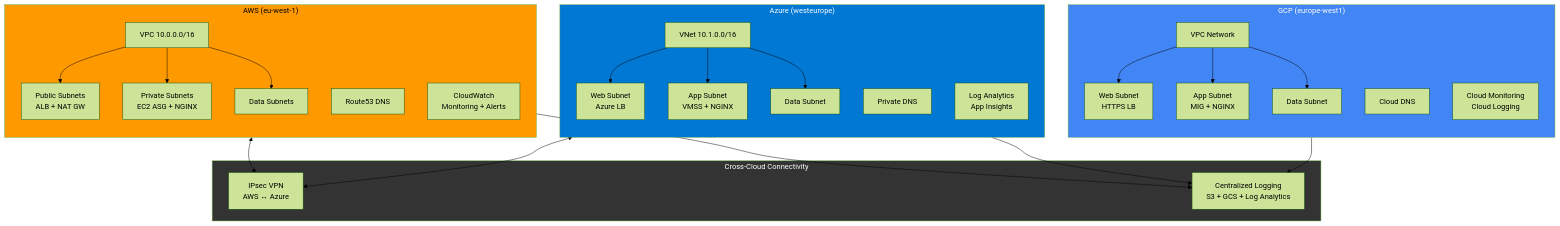
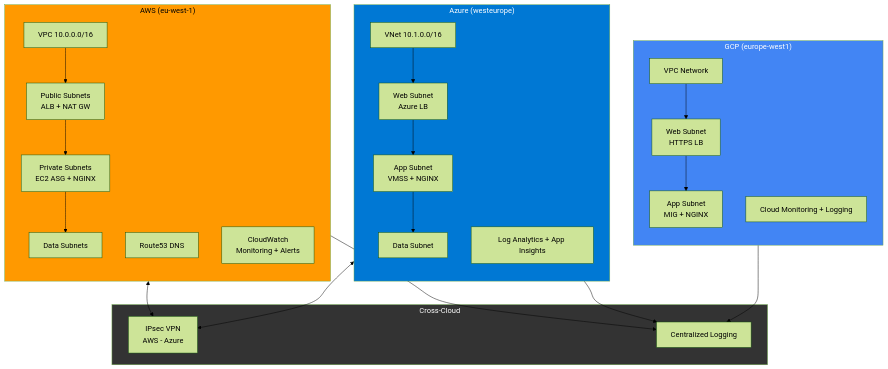
Before and after one commit to GiulioSavini/terraform-multi-cloud-hybrid: the diagram in README.md, drawn with Mermaid (forest theme). The commit also changed other lines of this file, not shown here.

````diff
--- a/README.md
+++ b/README.md
@@ -9,60 +9,48 @@
 ```mermaid
 graph TB
     subgraph AWS["AWS (eu-west-1)"]
         direction TB
         AWS_VPC["VPC 10.0.0.0/16"]
         AWS_PUB["Public Subnets<br/>ALB + NAT GW"]
         AWS_PRV["Private Subnets<br/>EC2 ASG + NGINX"]
         AWS_DAT["Data Subnets"]
         AWS_R53["Route53 DNS"]
         AWS_CW["CloudWatch<br/>Monitoring + Alerts"]
-
-        AWS_VPC --> AWS_PUB
-        AWS_VPC --> AWS_PRV
-        AWS_VPC --> AWS_DAT
+        AWS_VPC --> AWS_PUB --> AWS_PRV --> AWS_DAT
     end
 
     subgraph Azure["Azure (westeurope)"]
         direction TB
         AZ_VNET["VNet 10.1.0.0/16"]
         AZ_WEB["Web Subnet<br/>Azure LB"]
         AZ_APP["App Subnet<br/>VMSS + NGINX"]
         AZ_DAT["Data Subnet"]
-        AZ_DNS["Private DNS"]
-        AZ_MON["Log Analytics<br/>App Insights"]
-
-        AZ_VNET --> AZ_WEB
-        AZ_VNET --> AZ_APP
-        AZ_VNET --> AZ_DAT
+        AZ_MON["Log Analytics + App Insights"]
+        AZ_VNET --> AZ_WEB --> AZ_APP --> AZ_DAT
     end
 
     subgraph GCP["GCP (europe-west1)"]
         direction TB
         GCP_VPC["VPC Network"]
         GCP_WEB["Web Subnet<br/>HTTPS LB"]
         GCP_APP["App Subnet<br/>MIG + NGINX"]
-        GCP_DAT["Data Subnet"]
-        GCP_DNS["Cloud DNS"]
-        GCP_MON["Cloud Monitoring<br/>Cloud Logging"]
-
-        GCP_VPC --> GCP_WEB
-        GCP_VPC --> GCP_APP
-        GCP_VPC --> GCP_DAT
+        GCP_MON["Cloud Monitoring + Logging"]
+        GCP_VPC --> GCP_WEB --> GCP_APP
     end
 
-    subgraph CrossCloud["Cross-Cloud Connectivity"]
-        VPN["IPsec VPN<br/>AWS ↔ Azure"]
-        LOGS["Centralized Logging<br/>S3 + GCS + Log Analytics"]
+    subgraph CrossCloud["Cross-Cloud"]
+        VPN["IPsec VPN<br/>AWS - Azure"]
+        LOGS["Centralized Logging"]
     end
 
     AWS_VPC <--> VPN
     AZ_VNET <--> VPN
     AWS_CW --> LOGS
     AZ_MON --> LOGS
     GCP_MON --> LOGS
 
     style AWS fill:#FF9900,color:#000
     style Azure fill:#0078D4,color:#fff
     style GCP fill:#4285F4,color:#fff
     style CrossCloud fill:#333,color:#fff
 ```
````
